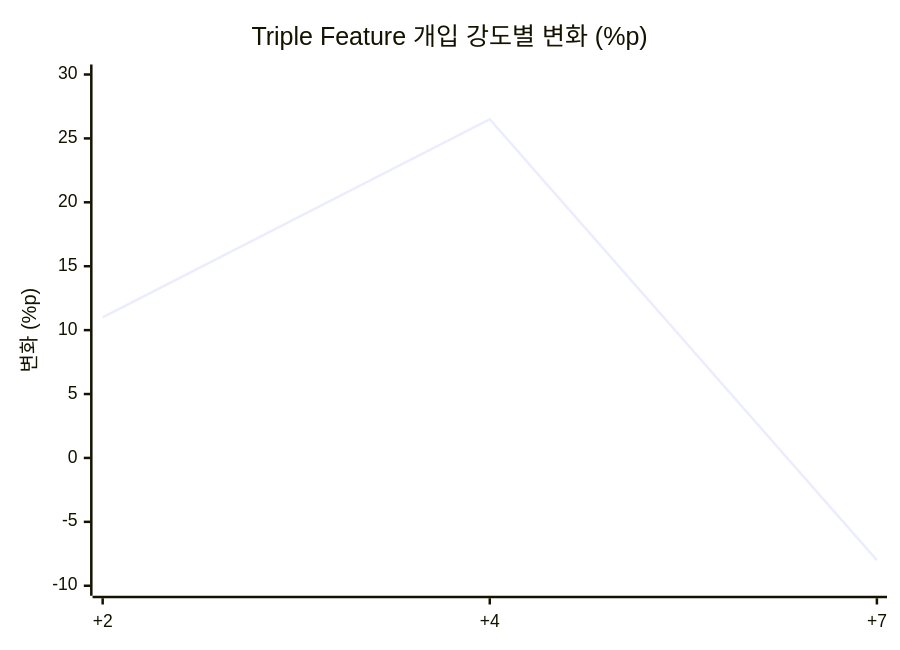
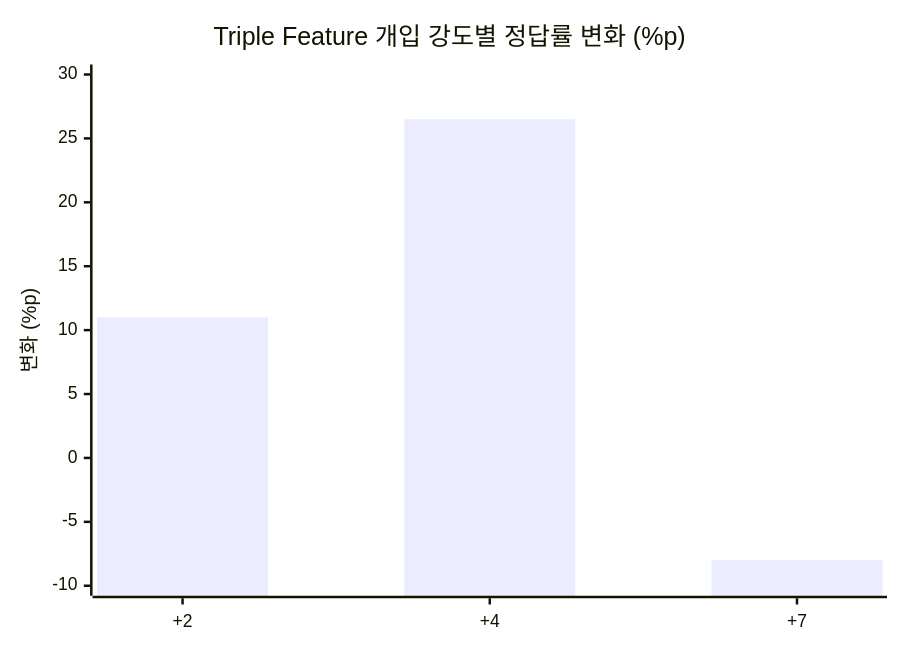
The fourth of 5 diagrams in research/journal/2026-10-01_2026-10-10.md (davidkss/mindscopex_analysis), drawn with Mermaid before and after one commit. The commit also changed other lines of this file, not shown here.

Commit message:
docs: unify Single Pair Triple charts and add Pair range chart

````diff
--- a/research/journal/2026-10-01_2026-10-10.md
+++ b/research/journal/2026-10-01_2026-10-10.md
@@ -65,7 +82,7 @@
 ```mermaid
 xychart-beta
-    title "Triple Feature 개입 강도별 변화 (%p)"
+    title "Triple Feature 개입 강도별 정답률 변화 (%p)"
     x-axis ["+2", "+4", "+7"]
     y-axis "변화 (%p)" -10 --> 30
-    line [11, 26.5, -8]
+    bar [11, 26.5, -8]
 ```
````
